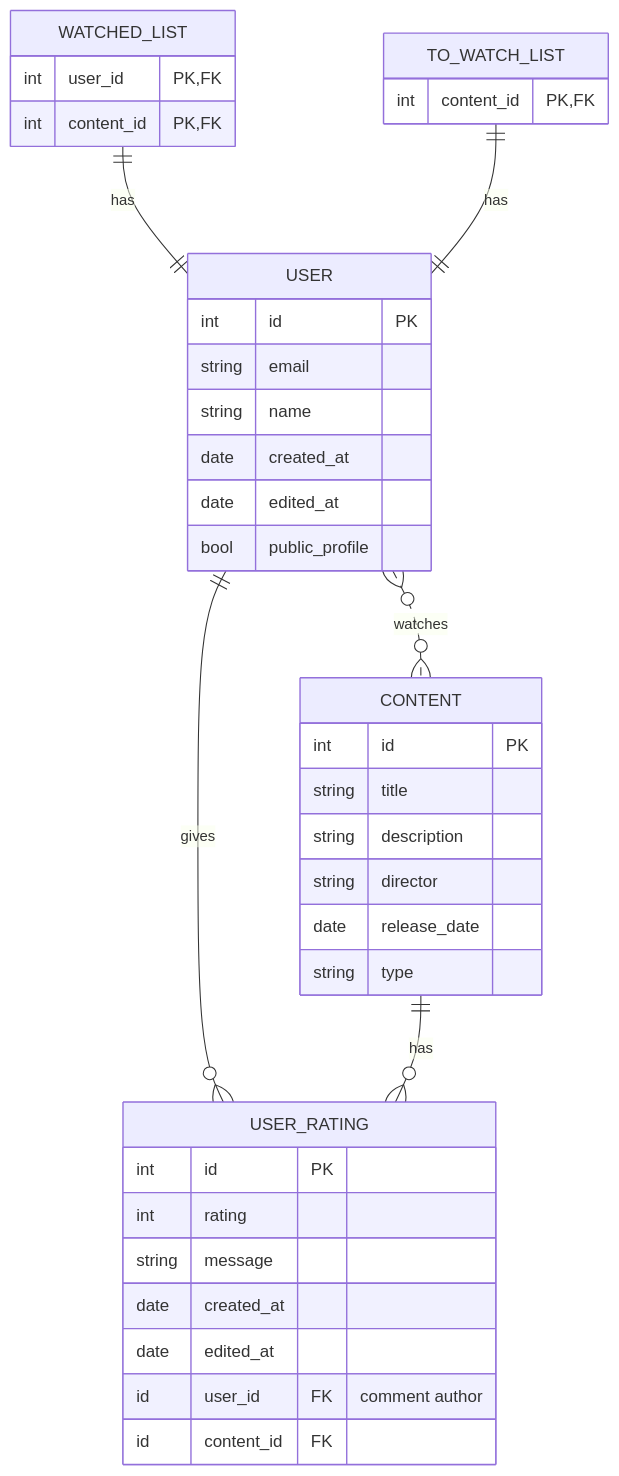
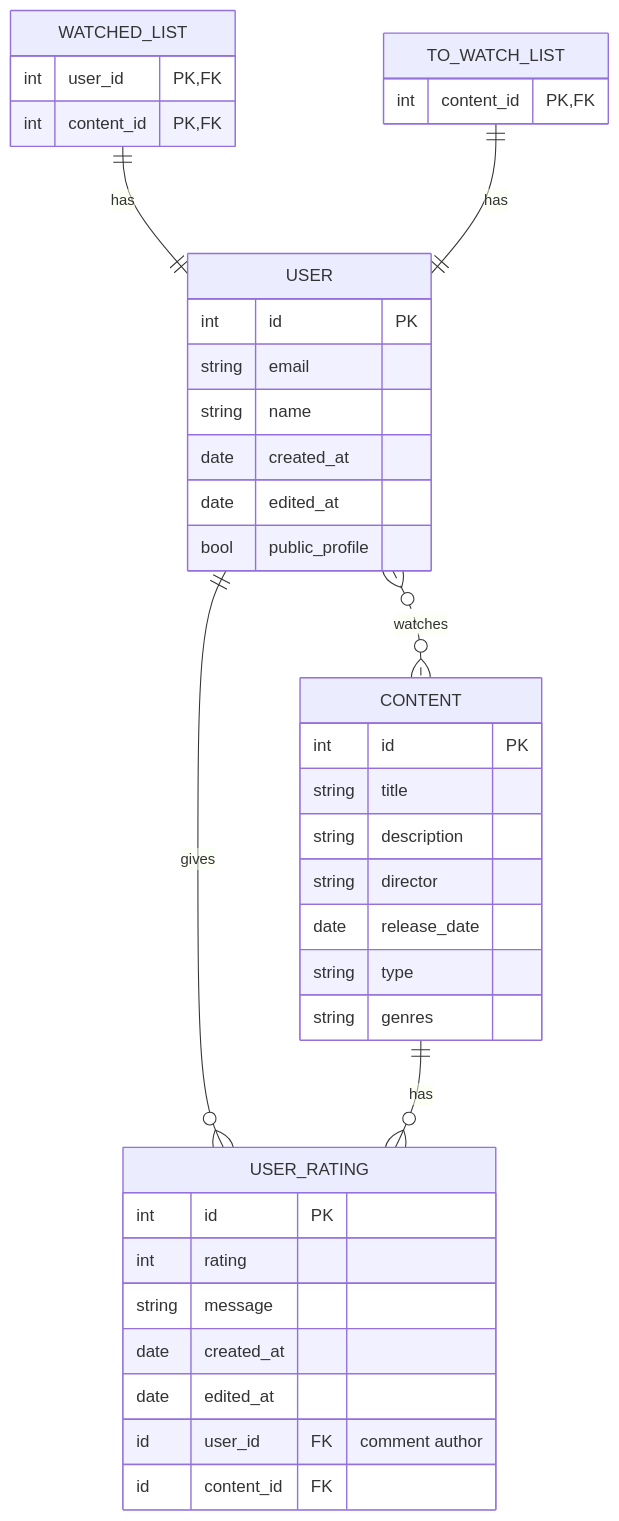
One commit to DylanSavelson/MovieMatchers changed the diagram in erd.mermaid. Above: the diagram before and after it, drawn with Mermaid.

```diff
--- a/erd.mermaid
+++ b/erd.mermaid
@@ -1,44 +1,45 @@
 
 erDiagram
     USER }o..o{ CONTENT : watches
     WATCHED_LIST ||--|| USER : has
     TO_WATCH_LIST ||--|| USER : has
     USER ||--o{ USER_RATING : gives
     CONTENT ||--o{ USER_RATING : has
 
     WATCHED_LIST{
         int user_id PK, FK
         int content_id PK, FK
     }
 
     TO_WATCH_LIST{
         int content_id PK, FK
     }
 
     CONTENT {
         int id PK
         string title
         string description
         string director
         date release_date
         string type
+        string genres
     }
 
     USER {
         int id PK
         string email
         string name
         date created_at
         date edited_at
         bool public_profile
     }
 
     USER_RATING {
         int id PK
         int rating
         string message
         date created_at
         date edited_at
         id user_id FK "comment author"
         id content_id FK
     }
```
